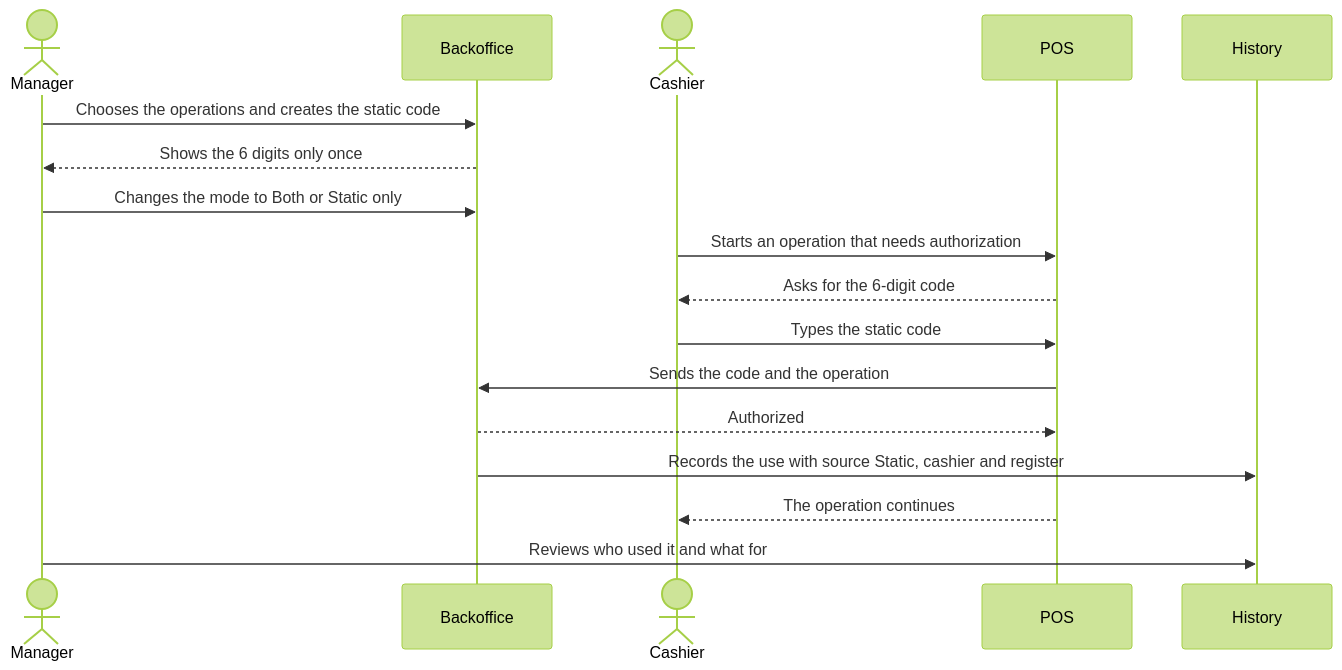
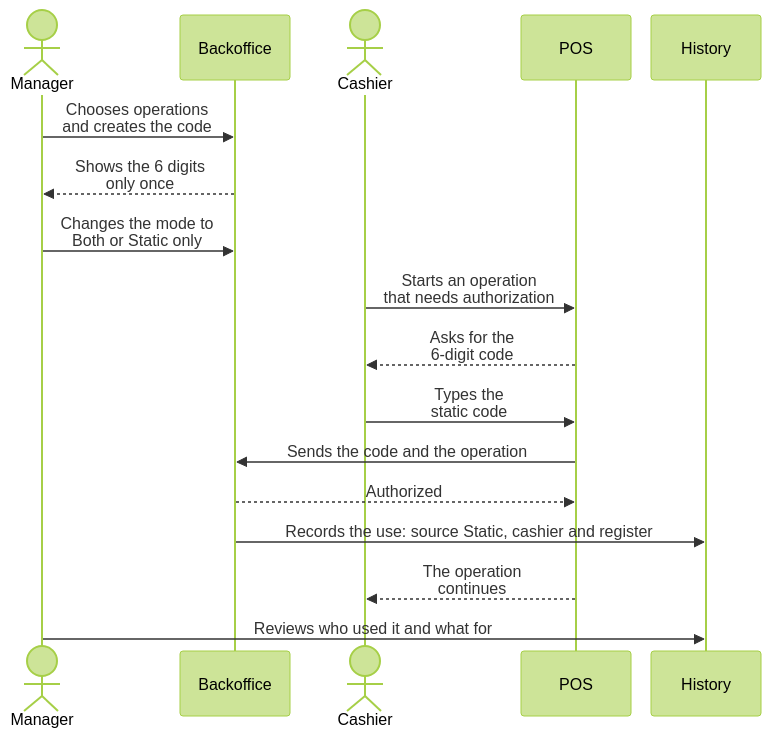
Before and after one commit to fire-rest/documentation: the second of 2 diagrams in en/manuals/pos/static-authorization-code.mdx, drawn with Mermaid (forest theme). The commit also changed other lines of this file and 2 other files, not shown here.

Commit message:
docs(pos): diagramas del código fijo más compactos y legibles
Vistos en mint dev, el de secuencia salía con letra de unos 7 px y el de
decisión de unos 10 px. Las decisiones pasan de rombos a hexágonos y los
textos largos se parten en dos líneas; el de secuencia usa actores más
angostos y letra más grande.

````diff
--- a/en/manuals/pos/static-authorization-code.mdx
+++ b/en/manuals/pos/static-authorization-code.mdx
@@ -155,19 +155,20 @@
 ```mermaid
+%%{init: {"sequence": {"width": 110, "actorMargin": 20, "messageFontSize": 18, "actorFontSize": 18, "boxMargin": 6, "messageMargin": 28}}}%%
 sequenceDiagram
     actor E as Manager
     participant B as Backoffice
     actor C as Cashier
     participant P as POS
     participant H as History
-    E->>B: Chooses the operations and creates the static code
-    B-->>E: Shows the 6 digits only once
-    E->>B: Changes the mode to Both or Static only
-    C->>P: Starts an operation that needs authorization
-    P-->>C: Asks for the 6-digit code
-    C->>P: Types the static code
+    E->>B: Chooses operations<br/>and creates the code
+    B-->>E: Shows the 6 digits<br/>only once
+    E->>B: Changes the mode to<br/>Both or Static only
+    C->>P: Starts an operation<br/>that needs authorization
+    P-->>C: Asks for the<br/>6-digit code
+    C->>P: Types the<br/>static code
     P->>B: Sends the code and the operation
     B-->>P: Authorized
-    B->>H: Records the use with source Static, cashier and register
-    P-->>C: The operation continues
+    B->>H: Records the use: source Static, cashier and register
+    P-->>C: The operation<br/>continues
     E->>H: Reviews who used it and what for
 ```
````
